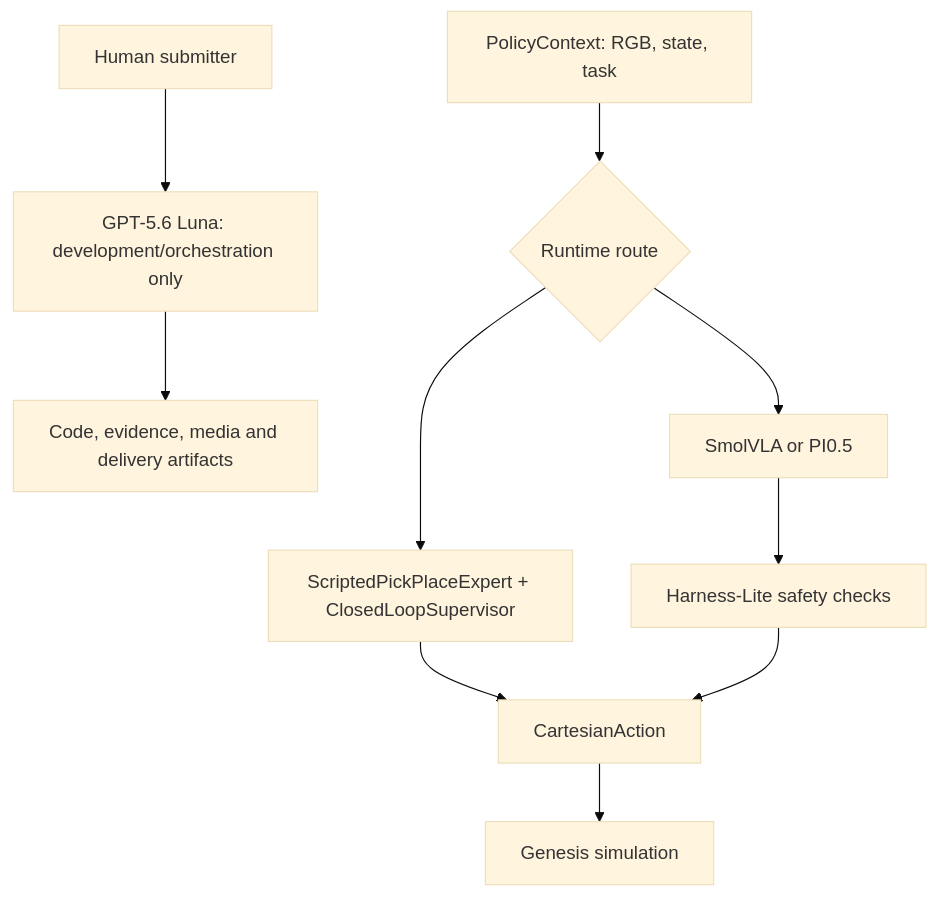
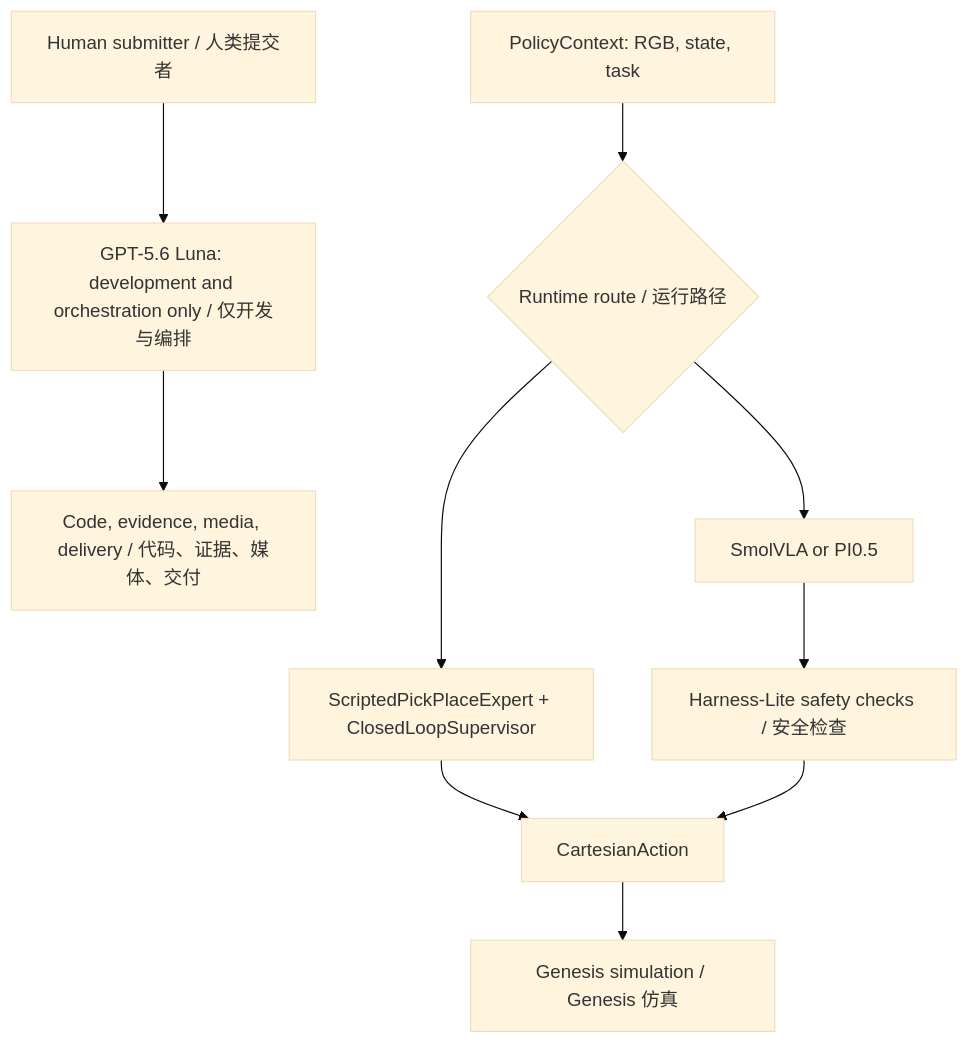
Before and after one commit to 2658183739/Radeon-hackathon-2026-07: the diagram in submissions/track-3/parcel-sorter-rocm/docs/AGENT_MODEL_ARCHITECTURE.md, drawn with Mermaid (base theme). The commit also changed other lines of this file and 19 other files, not shown here.

````diff
--- a/submissions/track-3/parcel-sorter-rocm/docs/AGENT_MODEL_ARCHITECTURE.md
+++ b/submissions/track-3/parcel-sorter-rocm/docs/AGENT_MODEL_ARCHITECTURE.md
@@ -30,12 +25,12 @@
 ```mermaid
 flowchart TB
-    SUBMITTER["Human submitter"] --> LUNA["GPT-5.6 Luna: development/orchestration only"]
-    LUNA --> ARTIFACTS["Code, evidence, media and delivery artifacts"]
-    OBS["PolicyContext: RGB, state, task"] --> ROUTE{"Runtime route"}
+    SUBMITTER["Human submitter / 人类提交者"] --> LUNA["GPT-5.6 Luna: development and orchestration only / 仅开发与编排"]
+    LUNA --> ARTIFACTS["Code, evidence, media, delivery / 代码、证据、媒体、交付"]
+    OBS["PolicyContext: RGB, state, task"] --> ROUTE{"Runtime route / 运行路径"}
     ROUTE --> EXP["ScriptedPickPlaceExpert + ClosedLoopSupervisor"]
     ROUTE --> VLA["SmolVLA or PI0.5"]
     EXP --> ACTION["CartesianAction"]
-    VLA --> HARNESS["Harness-Lite safety checks"]
+    VLA --> HARNESS["Harness-Lite safety checks / 安全检查"]
     HARNESS --> ACTION
-    ACTION --> GENESIS["Genesis simulation"]
+    ACTION --> GENESIS["Genesis simulation / Genesis 仿真"]
 ```
````
